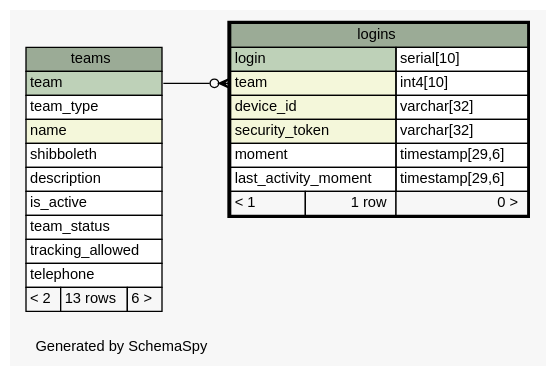
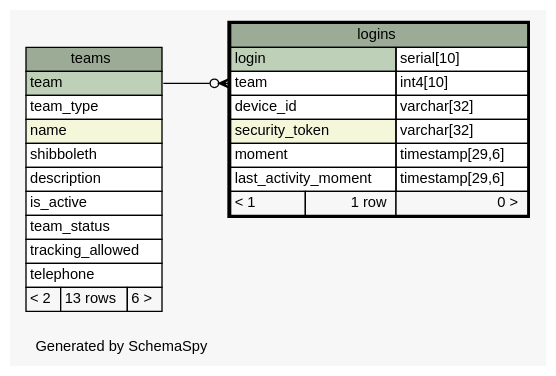
One commit to xmarwin/brazda changed the diagram in Brazda/doc/db/diagrams/logins.1degree.dot. Above: the diagram before and after it, drawn with Graphviz. The commit also changed 72 other files, not shown here.

```diff
--- a/Brazda/doc/db/diagrams/logins.1degree.dot
+++ b/Brazda/doc/db/diagrams/logins.1degree.dot
@@ -1,56 +1,56 @@
-// dot 2.40.1 on Linux 4.11.5-gentoo
+// dot 2.40.1 on Linux 4.12.8-gentoo
 // SchemaSpy rev 590
 digraph "oneDegreeRelationshipsDiagram" {
   graph [
     rankdir="RL"
     bgcolor="#f7f7f7"
     label="\nGenerated by SchemaSpy"
     labeljust="l"
     nodesep="0.18"
     ranksep="0.46"
     fontname="Helvetica"
     fontsize="11"
   ];
   node [
     fontname="Helvetica"
     fontsize="11"
     shape="plaintext"
   ];
   edge [
     arrowsize="0.8"
   ];
   "logins":"team":w -> "teams":"team":e [arrowhead=none dir=back arrowtail=crowodot];
   "logins" [
     label=<
     <TABLE BORDER="2" CELLBORDER="1" CELLSPACING="0" BGCOLOR="#ffffff">
       <TR><TD COLSPAN="3" BGCOLOR="#9bab96" ALIGN="CENTER">logins</TD></TR>
       <TR><TD PORT="login" COLSPAN="2" BGCOLOR="#bed1b8" ALIGN="LEFT">login</TD><TD PORT="login.type" ALIGN="LEFT">serial[10]</TD></TR>
-      <TR><TD PORT="team" COLSPAN="2" BGCOLOR="#f4f7da" ALIGN="LEFT">team</TD><TD PORT="team.type" ALIGN="LEFT">int4[10]</TD></TR>
-      <TR><TD PORT="device_id" COLSPAN="2" BGCOLOR="#f4f7da" ALIGN="LEFT">device_id</TD><TD PORT="device_id.type" ALIGN="LEFT">varchar[32]</TD></TR>
+      <TR><TD PORT="team" COLSPAN="2" ALIGN="LEFT">team</TD><TD PORT="team.type" ALIGN="LEFT">int4[10]</TD></TR>
+      <TR><TD PORT="device_id" COLSPAN="2" ALIGN="LEFT">device_id</TD><TD PORT="device_id.type" ALIGN="LEFT">varchar[32]</TD></TR>
       <TR><TD PORT="security_token" COLSPAN="2" BGCOLOR="#f4f7da" ALIGN="LEFT">security_token</TD><TD PORT="security_token.type" ALIGN="LEFT">varchar[32]</TD></TR>
       <TR><TD PORT="moment" COLSPAN="2" ALIGN="LEFT">moment</TD><TD PORT="moment.type" ALIGN="LEFT">timestamp[29,6]</TD></TR>
       <TR><TD PORT="last_activity_moment" COLSPAN="2" ALIGN="LEFT">last_activity_moment</TD><TD PORT="last_activity_moment.type" ALIGN="LEFT">timestamp[29,6]</TD></TR>
       <TR><TD ALIGN="LEFT" BGCOLOR="#f7f7f7">&lt; 1</TD><TD ALIGN="RIGHT" BGCOLOR="#f7f7f7">1 row</TD><TD ALIGN="RIGHT" BGCOLOR="#f7f7f7">0 &gt;</TD></TR>
     </TABLE>>
     URL="logins.html"
     tooltip="logins"
   ];
   "teams" [
     label=<
     <TABLE BORDER="0" CELLBORDER="1" CELLSPACING="0" BGCOLOR="#ffffff">
       <TR><TD COLSPAN="3" BGCOLOR="#9bab96" ALIGN="CENTER">teams</TD></TR>
       <TR><TD PORT="team" COLSPAN="3" BGCOLOR="#bed1b8" ALIGN="LEFT">team</TD></TR>
       <TR><TD PORT="team_type" COLSPAN="3" ALIGN="LEFT">team_type</TD></TR>
       <TR><TD PORT="name" COLSPAN="3" BGCOLOR="#f4f7da" ALIGN="LEFT">name</TD></TR>
       <TR><TD PORT="shibboleth" COLSPAN="3" ALIGN="LEFT">shibboleth</TD></TR>
       <TR><TD PORT="description" COLSPAN="3" ALIGN="LEFT">description</TD></TR>
       <TR><TD PORT="is_active" COLSPAN="3" ALIGN="LEFT">is_active</TD></TR>
       <TR><TD PORT="team_status" COLSPAN="3" ALIGN="LEFT">team_status</TD></TR>
       <TR><TD PORT="tracking_allowed" COLSPAN="3" ALIGN="LEFT">tracking_allowed</TD></TR>
       <TR><TD PORT="telephone" COLSPAN="3" ALIGN="LEFT">telephone</TD></TR>
       <TR><TD ALIGN="LEFT" BGCOLOR="#f7f7f7">&lt; 2</TD><TD ALIGN="RIGHT" BGCOLOR="#f7f7f7">13 rows</TD><TD ALIGN="RIGHT" BGCOLOR="#f7f7f7">6 &gt;</TD></TR>
     </TABLE>>
     URL="teams.html"
     tooltip="teams"
   ];
 }
```
